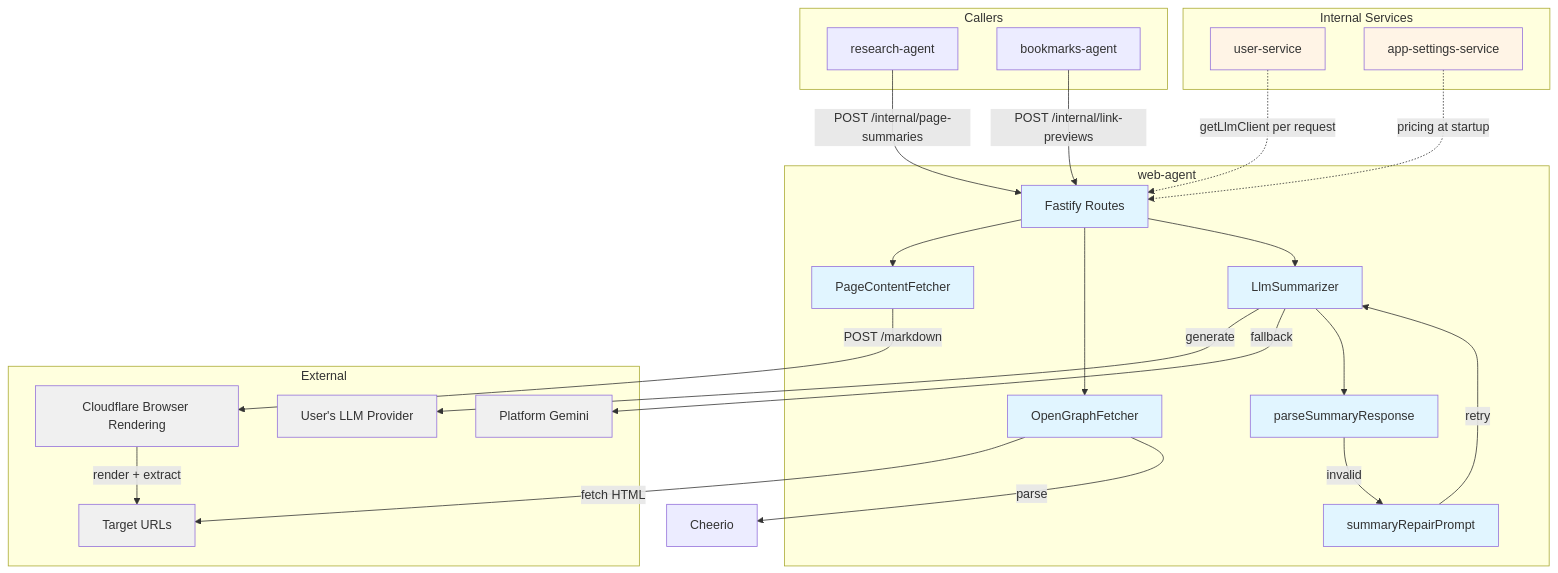
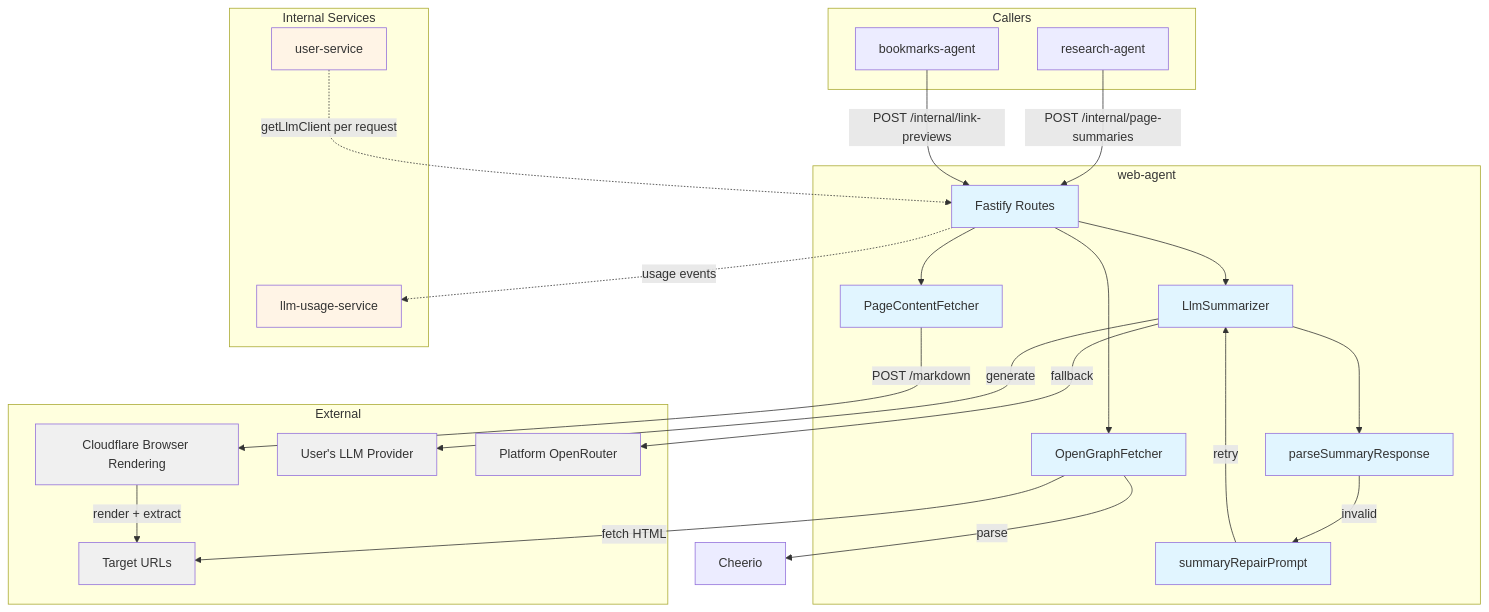
One commit to pbuchman/intexuraos changed the first of 2 diagrams in docs/services/web-agent/technical.md. Above: the diagram before and after it, drawn with Mermaid. The commit also changed other lines of this file and 267 other files, not shown here.

Commit message:
fix: route Google AI traffic through OpenRouter

````diff
--- a/docs/services/web-agent/technical.md
+++ b/docs/services/web-agent/technical.md
@@ -11,58 +11,58 @@
 ```mermaid
 graph TB
     subgraph "Callers"
         RA[research-agent]
         BA[bookmarks-agent]
     end
 
     subgraph "web-agent"
         Routes[Fastify Routes]
         PCF[PageContentFetcher]
         LLM[LlmSummarizer]
         OGF[OpenGraphFetcher]
         Parser[parseSummaryResponse]
         Repair[summaryRepairPrompt]
     end
 
     subgraph "External"
         CF[Cloudflare Browser Rendering]
         UserLLM[User's LLM Provider]
-        PlatformLLM[Platform Gemini]
+        PlatformLLM[Platform OpenRouter]
         Target[Target URLs]
     end
 
     subgraph "Internal Services"
         US[user-service]
-        AS[app-settings-service]
+        Usage[llm-usage-service]
     end
 
     RA -->|POST /internal/page-summaries| Routes
     BA -->|POST /internal/link-previews| Routes
 
     Routes --> PCF
     Routes --> OGF
 
     PCF -->|POST /markdown| CF
     CF -->|render + extract| Target
 
     Routes --> LLM
     LLM -->|generate| UserLLM
     LLM -->|fallback| PlatformLLM
     LLM --> Parser
     Parser -->|invalid| Repair
     Repair -->|retry| LLM
 
     OGF -->|fetch HTML| Target
     OGF -->|parse| Cheerio[Cheerio]
 
     US -.->|getLlmClient per request| Routes
-    AS -.->|pricing at startup| Routes
+    Routes -.->|usage events| Usage
 
     classDef service fill:#e1f5ff
     classDef external fill:#f0f0f0
     classDef internal fill:#fff4e6
 
     class Routes,PCF,LLM,OGF,Parser,Repair service
     class CF,UserLLM,PlatformLLM,Target external
-    class US,AS internal
+    class US,Usage internal
 ```
````
